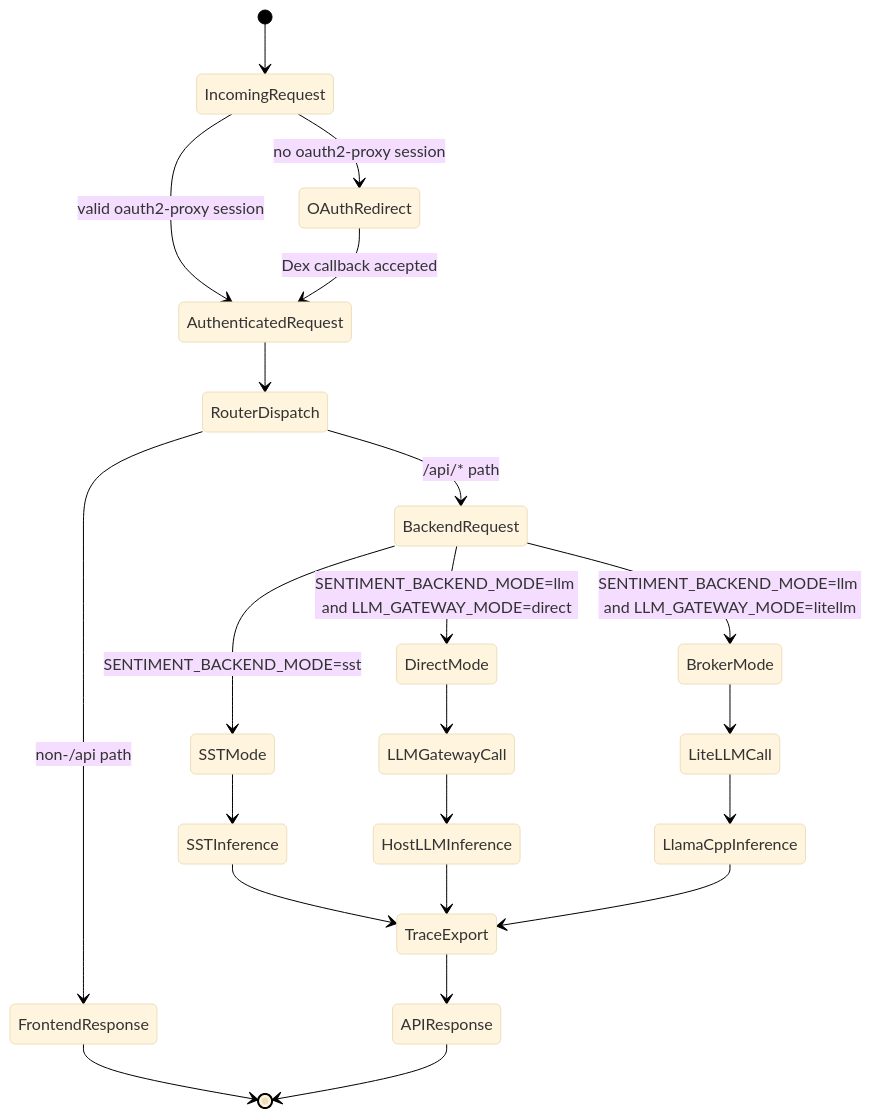
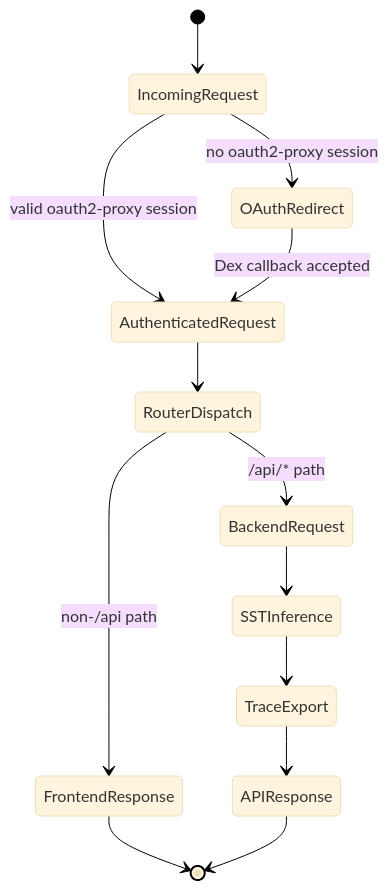
The diagram in terraform/kubernetes/docs/diagrams/apps-c4/05-state-sentiment-backend-mode.mmd (nickromney/platform), drawn with Mermaid before and after one commit. The commit also changed 81 other files, not shown here.

```diff
--- a/terraform/kubernetes/docs/diagrams/apps-c4/05-state-sentiment-backend-mode.mmd
+++ b/terraform/kubernetes/docs/diagrams/apps-c4/05-state-sentiment-backend-mode.mmd
@@ -1,30 +1,18 @@
 %%{init: {"theme": "base", "themeVariables": {"background": "#ffffff"}}}%%
 stateDiagram-v2
     [*] --> IncomingRequest
 
     IncomingRequest --> OAuthRedirect : no oauth2-proxy session
     IncomingRequest --> AuthenticatedRequest : valid oauth2-proxy session
     OAuthRedirect --> AuthenticatedRequest : Dex callback accepted
 
     AuthenticatedRequest --> RouterDispatch
     RouterDispatch --> FrontendResponse : non-/api path
     RouterDispatch --> BackendRequest : /api/* path
 
-    BackendRequest --> SSTMode : SENTIMENT_BACKEND_MODE=sst
-    BackendRequest --> DirectMode : SENTIMENT_BACKEND_MODE=llm and LLM_GATEWAY_MODE=direct
-    BackendRequest --> BrokerMode : SENTIMENT_BACKEND_MODE=llm and LLM_GATEWAY_MODE=litellm
-
-    SSTMode --> SSTInference
+    BackendRequest --> SSTInference
     SSTInference --> TraceExport
-    DirectMode --> LLMGatewayCall
-    LLMGatewayCall --> HostLLMInference
-
-    BrokerMode --> LiteLLMCall
-    LiteLLMCall --> LlamaCppInference
-
-    HostLLMInference --> TraceExport
-    LlamaCppInference --> TraceExport
     TraceExport --> APIResponse
 
     FrontendResponse --> [*]
     APIResponse --> [*]
```
